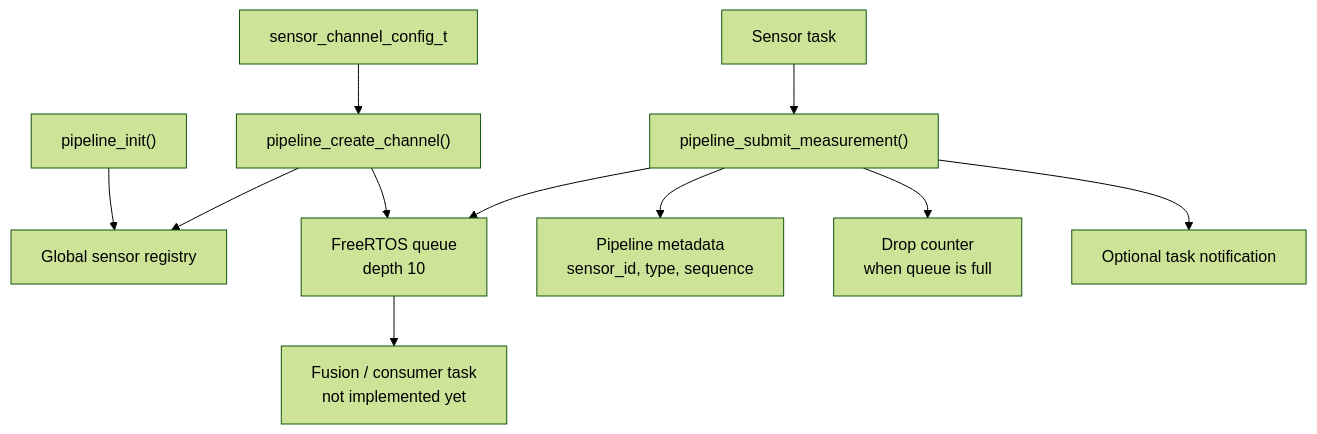
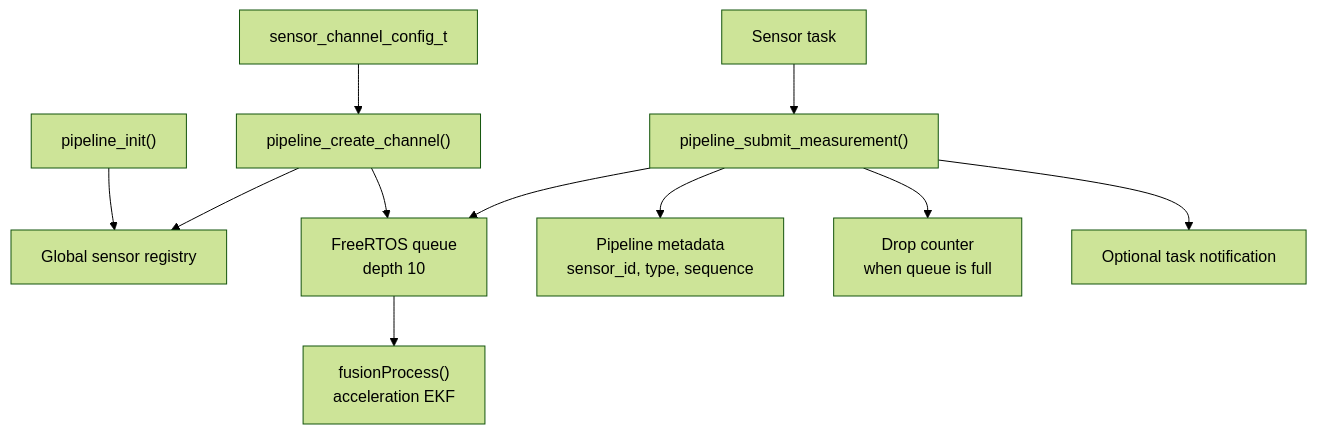
The diagram in docs/telemetry-pipeline.md (bears-space/APOGEE-Core), drawn with Mermaid (forest theme) before and after one commit. The commit also changed other lines of this file and 16 other files, not shown here.

````diff
--- a/docs/telemetry-pipeline.md
+++ b/docs/telemetry-pipeline.md
@@ -7,13 +7,13 @@
 ```mermaid
 flowchart TD
     INIT["pipeline_init()"] --> REG["Global sensor registry"]
     CFG["sensor_channel_config_t"] --> CREATE["pipeline_create_channel()"]
     CREATE --> REG
     CREATE --> Q["FreeRTOS queue<br>depth 10"]
     TASK["Sensor task"] --> SUBMIT["pipeline_submit_measurement()"]
     SUBMIT --> Q
     SUBMIT --> META["Pipeline metadata<br>sensor_id, type, sequence"]
     SUBMIT --> DROP["Drop counter<br>when queue is full"]
     SUBMIT --> NOTIFY["Optional task notification"]
-    Q --> CONSUMER["Fusion / consumer task<br>not implemented yet"]
+    Q --> CONSUMER["fusionProcess()<br>acceleration EKF"]
 ```
````
